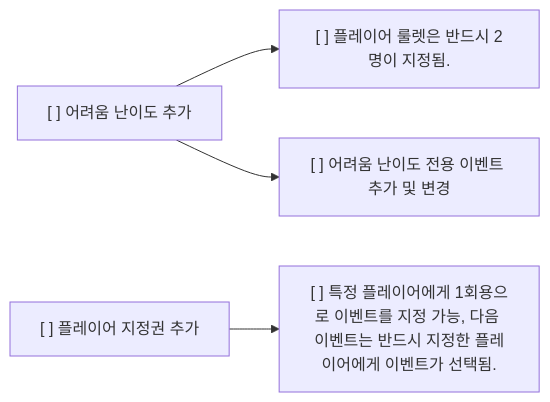
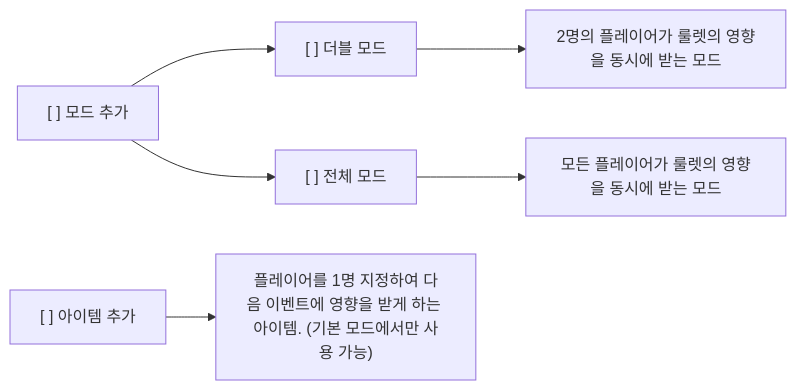
Before and after one commit to mc-playground/random-events-survival: the diagram in README.md, drawn with Mermaid.

Commit message:
feat: README.md

````diff
--- a/README.md
+++ b/README.md
@@ -38,6 +38,6 @@
 ```mermaid
 graph LR
-Step1["[ ] 어려움 난이도 추가"] --> A["[ ] 플레이어 룰렛은 반드시 2명이 지정됨."]
-Step1 --> B["[ ] 어려움 난이도 전용 이벤트 추가 및 변경"]
-Step2["[ ] 플레이어 지정권 추가"] --> A2["[ ] 특정 플레이어에게 1회용으로 이벤트를 지정 가능, 다음 이벤트는 반드시 지정한 플레이어에게 이벤트가 선택됨."]
+Step1["[ ] 모드 추가"] --> DoubleMode["[ ] 더블 모드"] --> DoubleModeDesc["2명의 플레이어가 룰렛의 영향을 동시에 받는 모드"]
+Step1 --> AllMode["[ ] 전체 모드"] --> AllModeDesc["모든 플레이어가 룰렛의 영향을 동시에 받는 모드"]
+Step2["[ ] 아이템 추가"] --> PickerPaper["플레이어를 1명 지정하여 다음 이벤트에 영향을 받게 하는 아이템. (기본 모드에서만 사용 가능)"]
 ```
````
